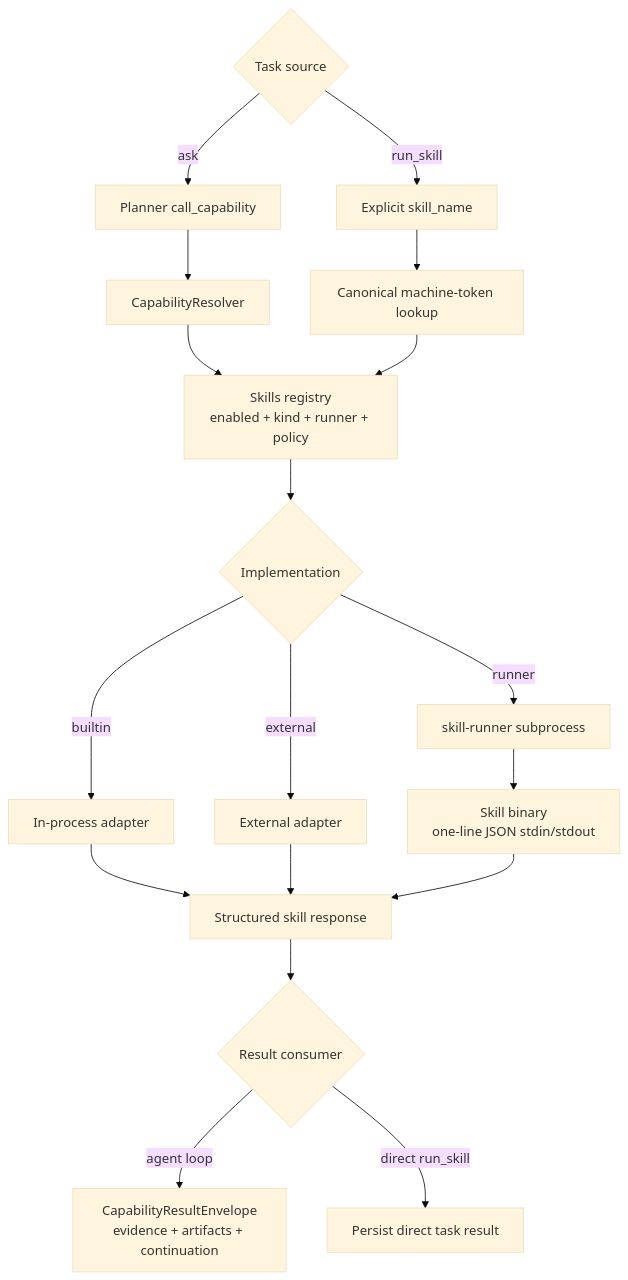
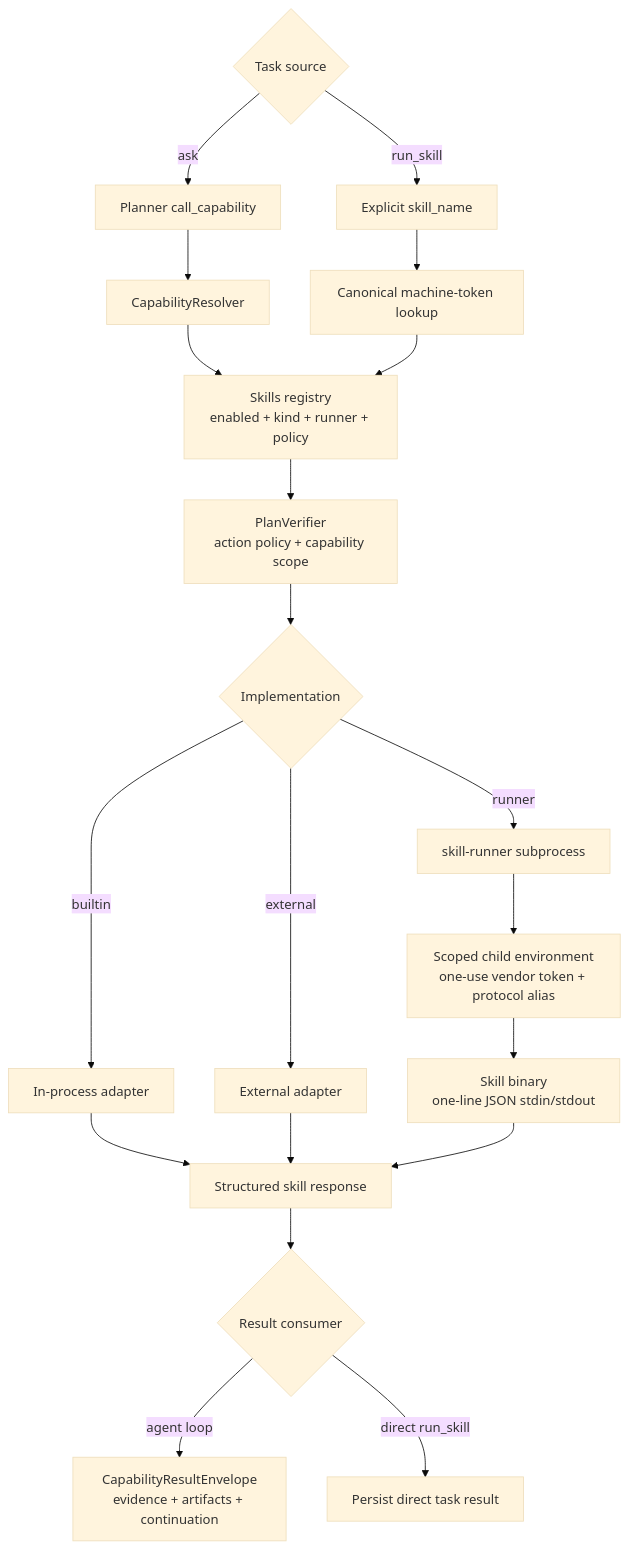
The first of 3 diagrams in docs/architecture/05-skills-media-models.md (MatrixCoreX/RustClaw), drawn with Mermaid (base theme) before and after one commit. The commit also changed other lines of this file and 67 other files, not shown here.

````diff
--- a/docs/architecture/05-skills-media-models.md
+++ b/docs/architecture/05-skills-media-models.md
@@ -14,20 +14,22 @@
 ```mermaid
 flowchart TD
     A{Task source} -->|ask| B[Planner call_capability]
     A -->|run_skill| C[Explicit skill_name]
     B --> D[CapabilityResolver]
     C --> E[Canonical machine-token lookup]
     D --> F
     E --> F[Skills registry<br/>enabled + kind + runner + policy]
-    F --> G{Implementation}
+    F --> P[PlanVerifier<br/>action policy + capability scope]
+    P --> G{Implementation}
     G -->|builtin| H[In-process adapter]
     G -->|runner| I[skill-runner subprocess]
     G -->|external| J[External adapter]
-    I --> K[Skill binary<br/>one-line JSON stdin/stdout]
+    I --> Q[Scoped child environment<br/>one-use vendor token + protocol alias]
+    Q --> K[Skill binary<br/>one-line JSON stdin/stdout]
     H --> L[Structured skill response]
     J --> L
     K --> L
     L --> M{Result consumer}
     M -->|agent loop| N[CapabilityResultEnvelope<br/>evidence + artifacts + continuation]
     M -->|direct run_skill| O[Persist direct task result]
 ```
````
